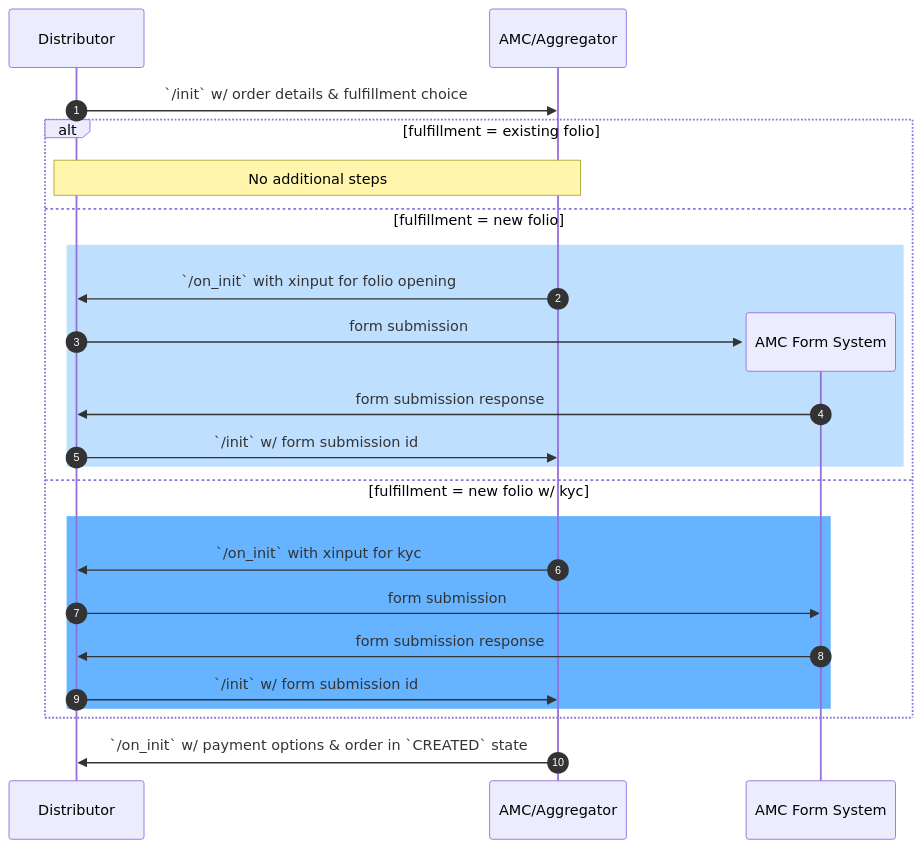
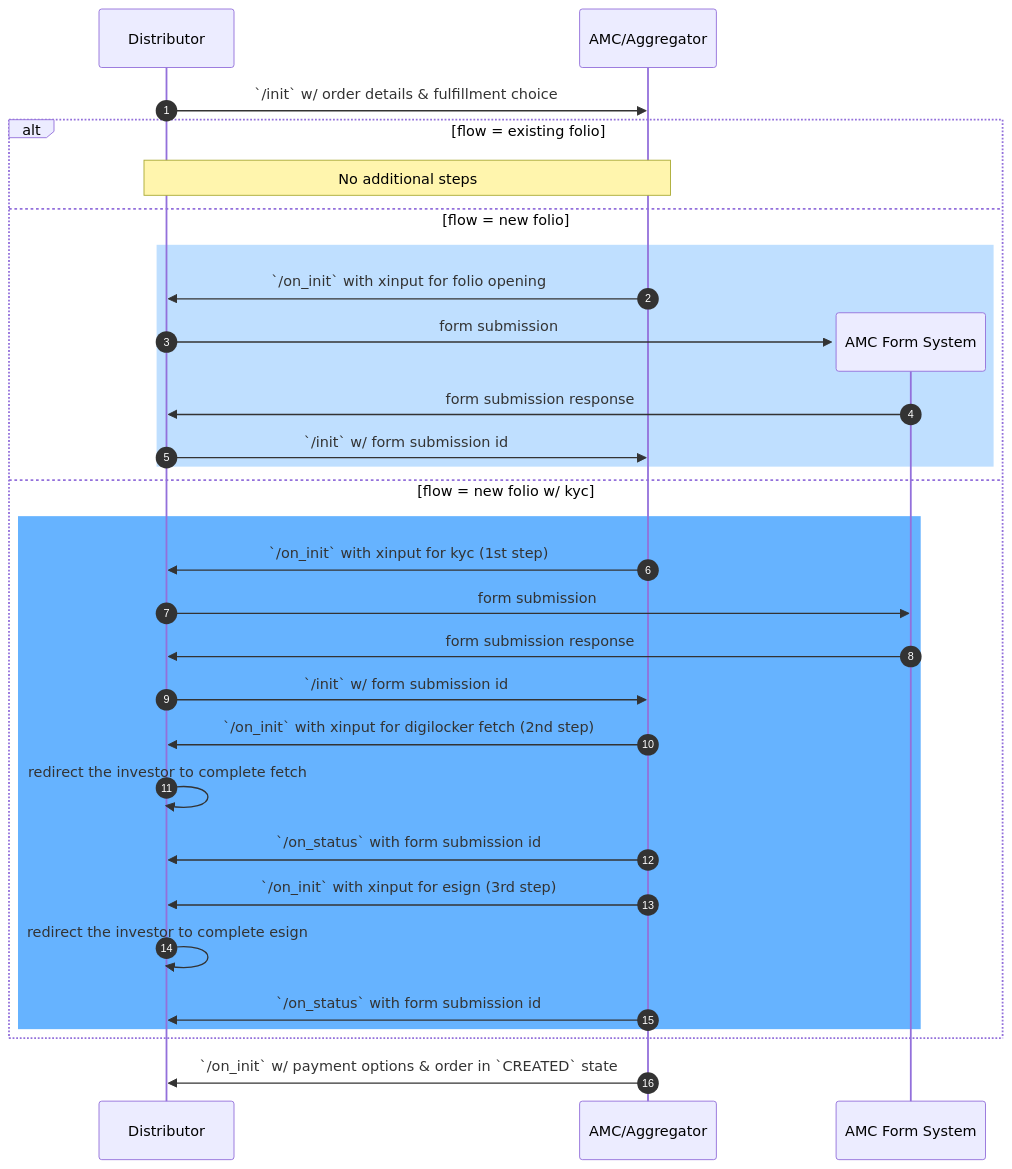
The fourth of 6 diagrams in api/components/docs/end-to-end-workflow.md (ONDC-Official/ONDC-FIS-Specifications), drawn with Mermaid before and after one commit. The commit also changed other lines of this file and 28 other files, not shown here.

````diff
--- a/api/components/docs/end-to-end-workflow.md
+++ b/api/components/docs/end-to-end-workflow.md
@@ -98,26 +100,32 @@
 ```mermaid
 sequenceDiagram
     autonumber
     participant bap AS Distributor
     participant bpp AS AMC/Aggregator
     bap ->> bpp: `/init` w/ order details & fulfillment choice
-    alt fulfillment = existing folio
+    alt flow = existing folio
         Note over bap, bpp: No additional steps
-    else fulfillment = new folio
+    else flow = new folio
         rect rgb(191, 223, 255)
             bpp ->> bap: `/on_init` with xinput for folio opening
             create participant fs AS AMC Form System
             bap ->> fs: form submission
             fs ->> bap: form submission response
             bap ->> bpp: `/init` w/ form submission id
         end
-    else fulfillment = new folio w/ kyc
+    else flow = new folio w/ kyc
         rect rgb(102,179,255)
-            bpp ->> bap: `/on_init` with xinput for kyc
+            bpp ->> bap: `/on_init` with xinput for kyc (1st step)
             bap ->> fs: form submission
             fs ->> bap: form submission response
             bap ->> bpp: `/init` w/ form submission id
+            bpp ->> bap: `/on_init` with xinput for digilocker fetch (2nd step)
+            bap ->> bap: redirect the investor to complete fetch
+            bpp ->> bap: `/on_status` with form submission id
+            bpp ->> bap: `/on_init` with xinput for esign (3rd step)
+            bap ->> bap: redirect the investor to complete esign
+            bpp ->> bap: `/on_status` with form submission id
         end
     end
     bpp ->> bap: `/on_init` w/ payment options & order in `CREATED` state
 ```
````
